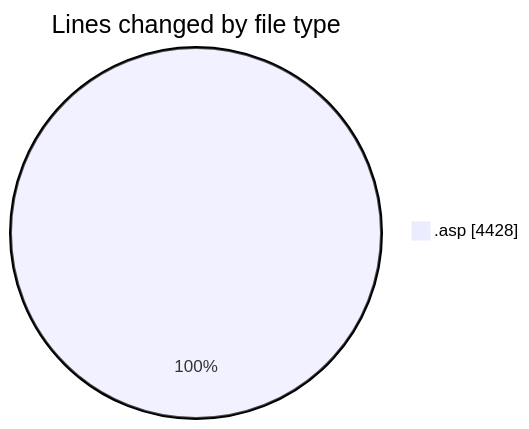
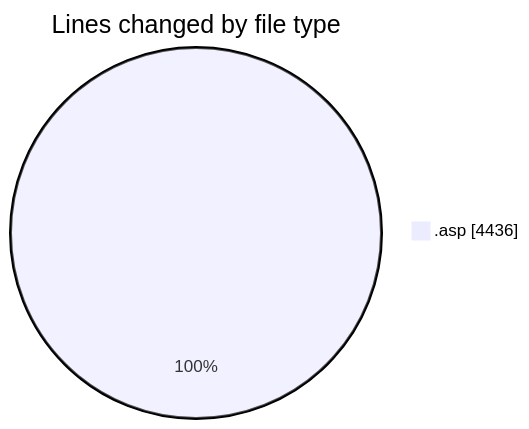
The first of 2 diagrams in 2025-10-17/cdp_aleoudev_fr__workspace_/README.md (julien-gomy/code-tracking), drawn with Mermaid before and after one commit. The commit also changed other lines of this file and 1 other file, not shown here.

````diff
--- a/2025-10-17/cdp_aleoudev_fr__workspace_/README.md
+++ b/2025-10-17/cdp_aleoudev_fr__workspace_/README.md
@@ -24,5 +24,5 @@
 ```mermaid
 pie showData
 title Lines changed by file type
-".asp" : 4428
+".asp" : 4436
 ```
````
